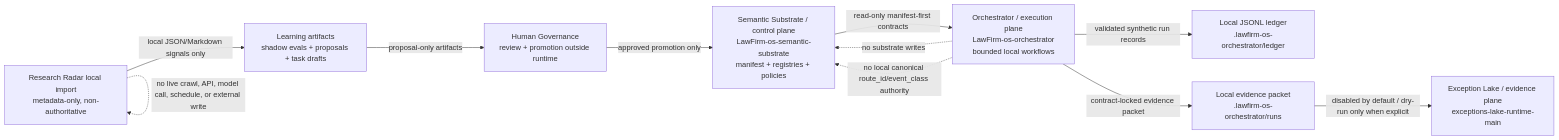
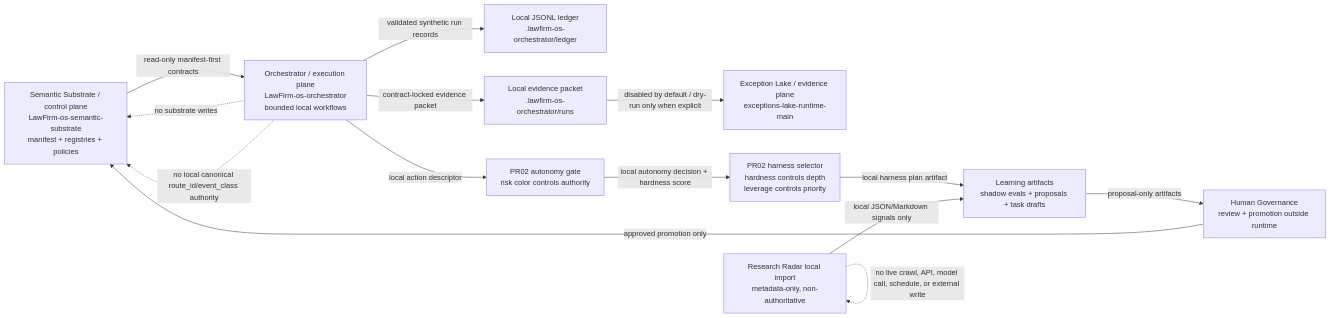
One commit to lowelltwong-alt/LawFirm-os-orchestrator changed the first of 2 diagrams in DATA_FLOW_MAP.md. Above: the diagram before and after it, drawn with Mermaid. The commit also changed other lines of this file and 18 other files, not shown here.

Commit message:
feat: add autonomy gate and harness selector

````diff
--- a/DATA_FLOW_MAP.md
+++ b/DATA_FLOW_MAP.md
@@ -26,23 +26,28 @@
 ```mermaid
 flowchart LR
     SS["Semantic Substrate / control plane\nLawFirm-os-semantic-substrate\nmanifest + registries + policies"]
     OR["Orchestrator / execution plane\nLawFirm-os-orchestrator\nbounded local workflows"]
     LED["Local JSONL ledger\n.lawfirm-os-orchestrator/ledger"]
     PKT["Local evidence packet\n.lawfirm-os-orchestrator/runs"]
     EL["Exception Lake / evidence plane\nexceptions-lake-runtime-main"]
     HUM["Human Governance\nreview + promotion outside runtime"]
     RR["Research Radar local import\nmetadata-only, non-authoritative"]
     LEARN["Learning artifacts\nshadow evals + proposals + task drafts"]
+    AUTO["PR02 autonomy gate\nrisk color controls authority"]
+    HAR["PR02 harness selector\nhardness controls depth\nleverage controls priority"]
 
     SS -->|"read-only manifest-first contracts"| OR
     OR -->|"validated synthetic run records"| LED
     OR -->|"contract-locked evidence packet"| PKT
+    OR -->|"local action descriptor"| AUTO
+    AUTO -->|"local autonomy decision + hardness score"| HAR
+    HAR -->|"local harness plan artifact"| LEARN
     PKT -->|"disabled by default / dry-run only when explicit"| EL
     RR -->|"local JSON/Markdown signals only"| LEARN
     LEARN -->|"proposal-only artifacts"| HUM
     HUM -->|"approved promotion only"| SS
 
     OR -. "no substrate writes" .-> SS
     OR -. "no local canonical route_id/event_class authority" .-> SS
     RR -. "no live crawl, API, model call, schedule, or external write" .-> RR
 ```
````
